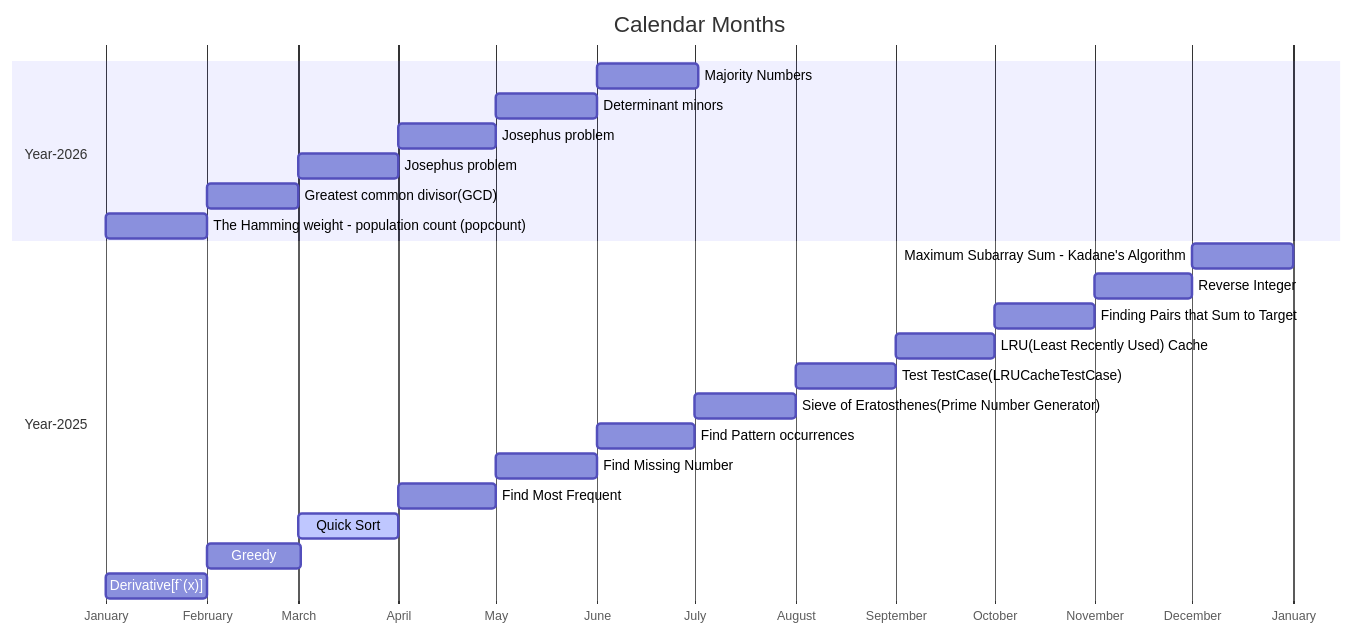
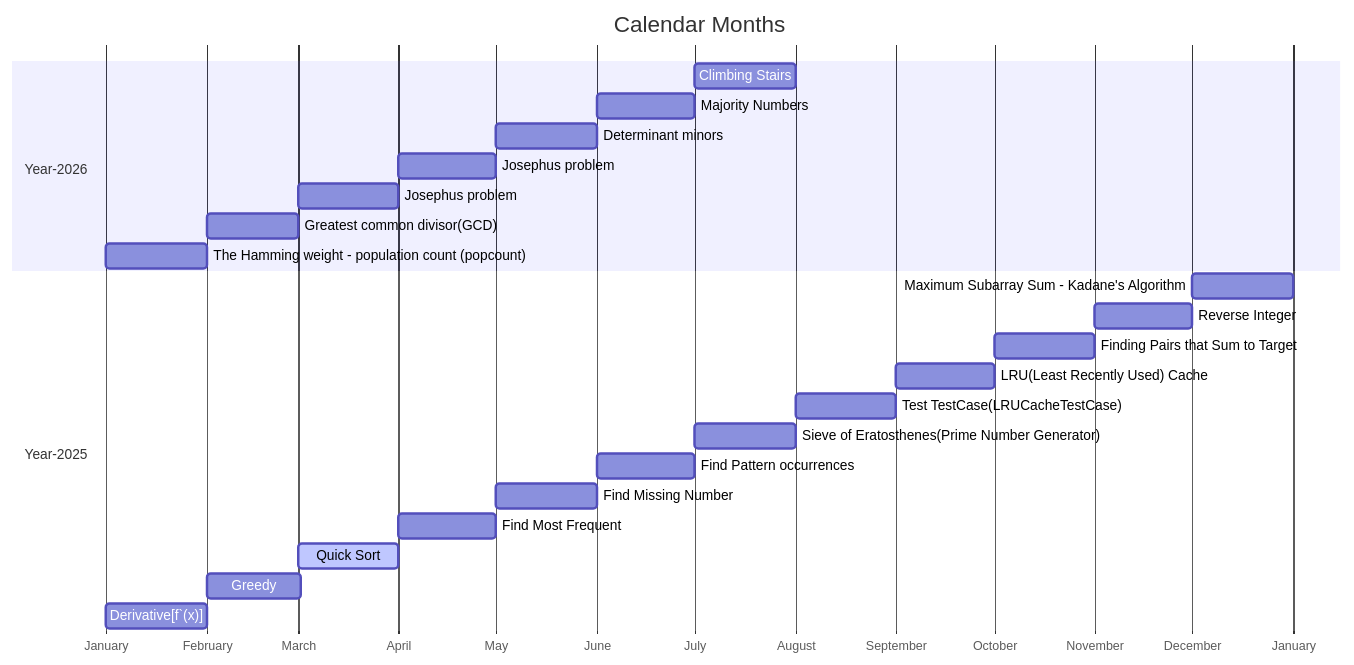
The diagram in src/calendar.md (softtiny/docs.calendar), drawn with Mermaid before and after one commit. The commit also changed 3 other files, not shown here.

````diff
--- a/src/calendar.md
+++ b/src/calendar.md
@@ -2,27 +2,28 @@
 ```mermaid
 
 gantt
     title Calendar Months
     dateFormat MM-DD
     axisFormat %B
     section Year-2026
-        Majority Numbers: 06-01, 31d
+        Climbing Stairs: 07-01, 31d
+        Majority Numbers: 06-01, 30d
         Determinant minors: 05-01, 31d
         Josephus problem: 04-01, 30d
         Josephus problem: 03-01, 31d
         Greatest common divisor(GCD): 02-01, 28d
         The Hamming weight - population count (popcount): 01-01, 31d
     section Year-2025
         Maximum Subarray Sum - Kadane's Algorithm:12-01, 31d
         Reverse Integer:11-01, 30d
         Finding Pairs that Sum to Target :10-01, 31d
         LRU(Least Recently Used) Cache :09-01, 30d
         Test TestCase(LRUCacheTestCase) :08-01, 31d
         Sieve of Eratosthenes(Prime Number Generator)    :07-01, 31d
         Find Pattern occurrences :06-01, 30d
         Find Missing Number :05-01, 31d
         Find Most Frequent :04-01, 30d
         Quick Sort      :active, 03-01, 31d
         Greedy          :02-01, 29d
         Derivative[f`(x)]          :01-01, 31d
 ```
````
